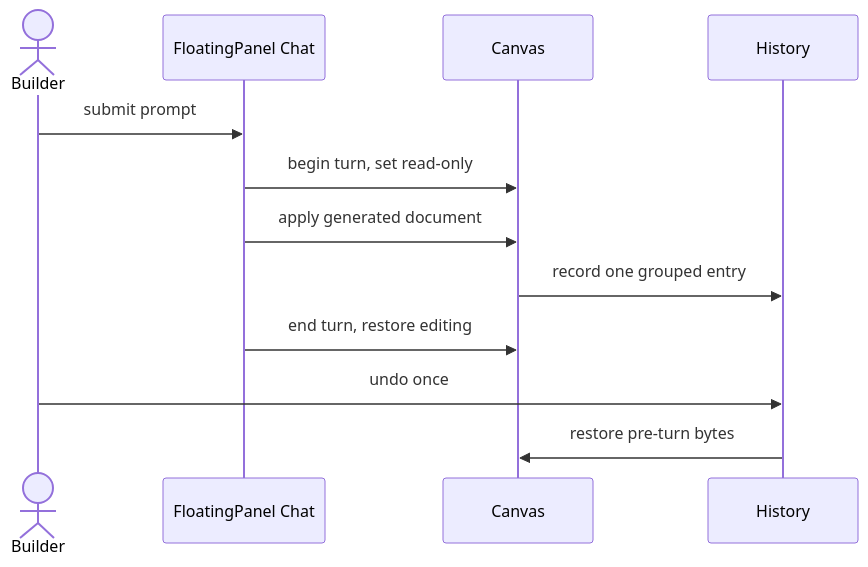
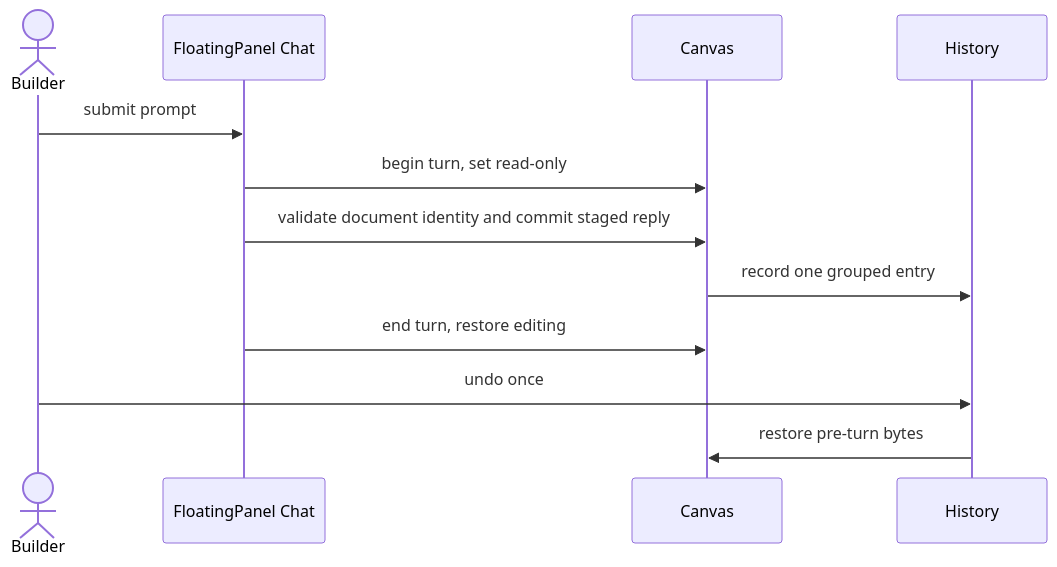
The second of 6 diagrams in guides/prd-tad-adr-mvp-gtm-agentic-graph.md (huijoohwee/agentic-os), drawn with Mermaid before and after one commit. The commit also changed other lines of this file, not shown here.

Commit message:
docs: ground native graph authoring recommendations in existing owners

````diff
--- a/guides/prd-tad-adr-mvp-gtm-agentic-graph.md
+++ b/guides/prd-tad-adr-mvp-gtm-agentic-graph.md
@@ -219,14 +218,14 @@
 ```mermaid
 sequenceDiagram
   actor w_builder as Builder
   participant w_chat as FloatingPanel Chat
   participant w_canvas as Canvas
   participant w_history as History
   w_builder->>w_chat: submit prompt
   w_chat->>w_canvas: begin turn, set read-only
-  w_chat->>w_canvas: apply generated document
+  w_chat->>w_canvas: validate document identity and commit staged reply
   w_canvas->>w_history: record one grouped entry
   w_chat->>w_canvas: end turn, restore editing
   w_builder->>w_history: undo once
   w_history->>w_canvas: restore pre-turn bytes
 ```
````
